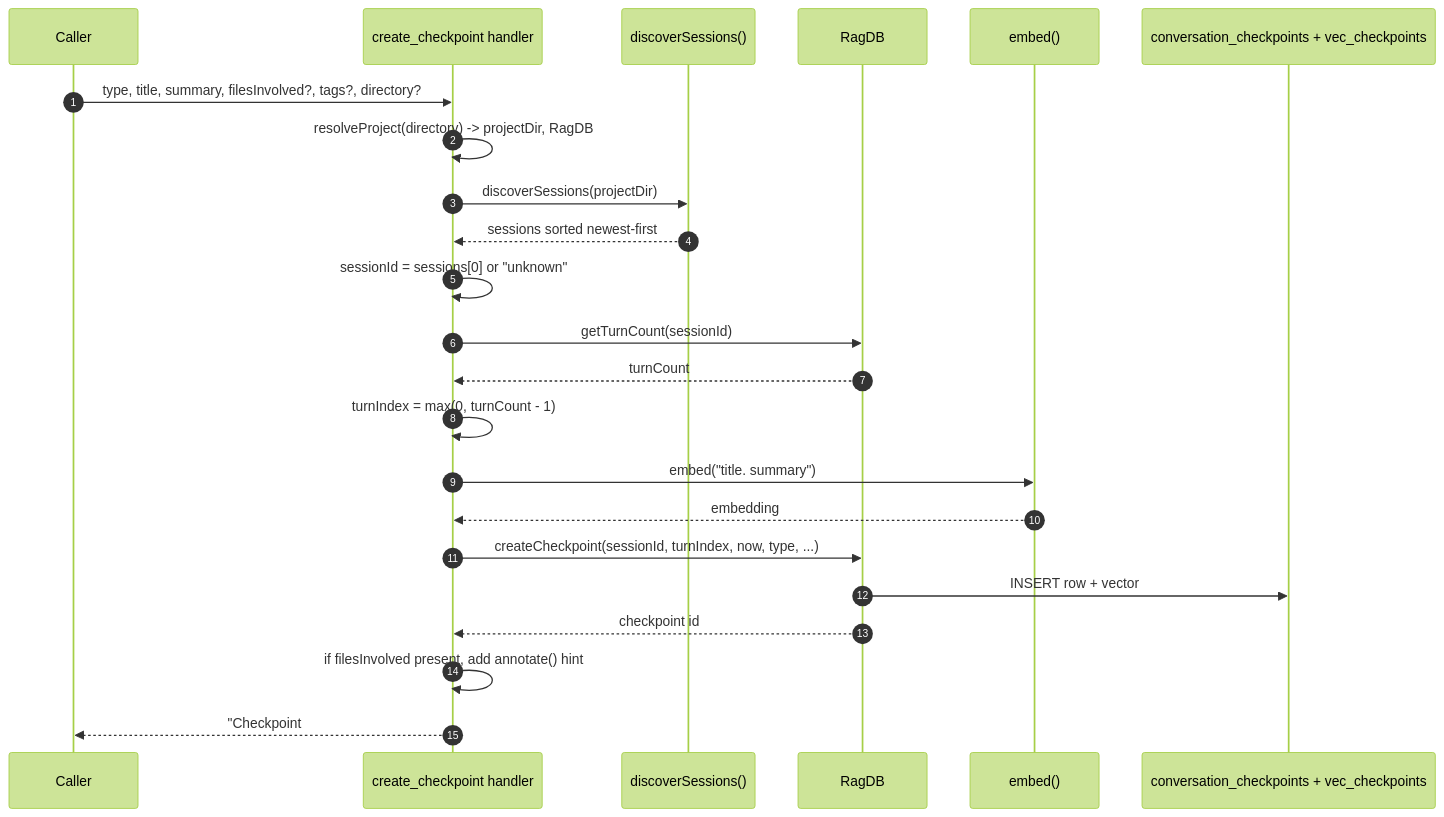
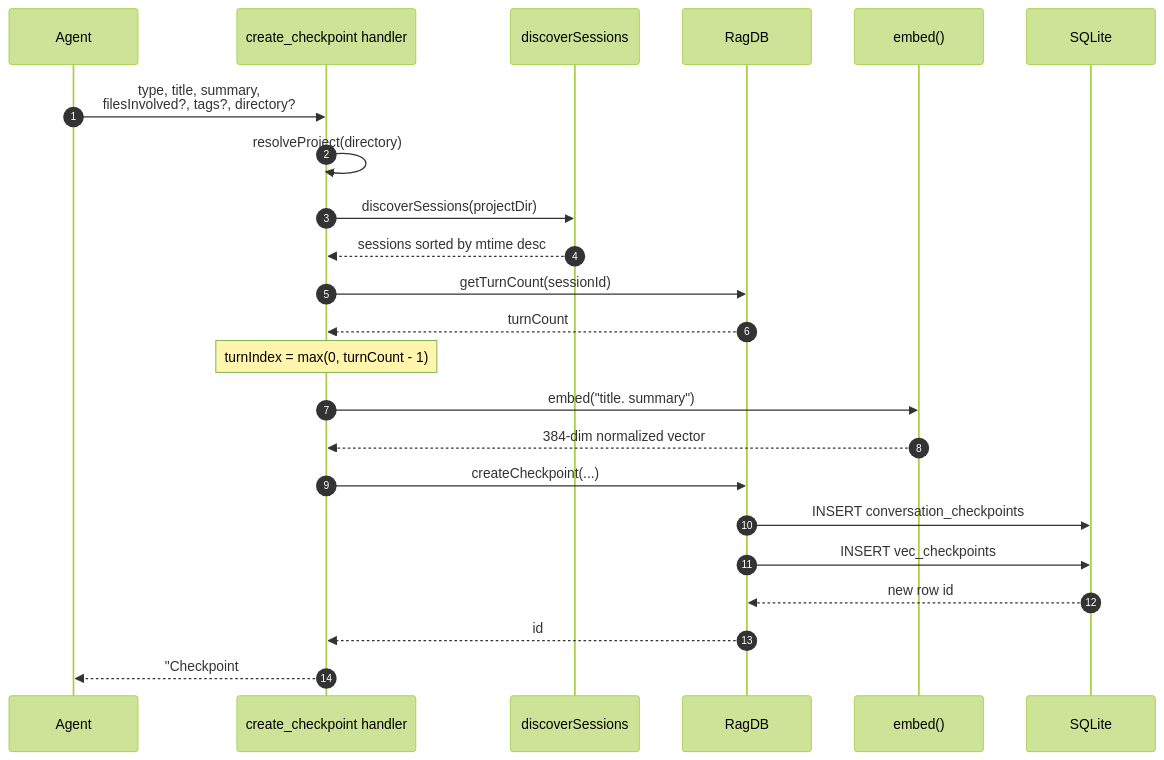
Before and after one commit to TheWinci/mimirs: the diagram in wiki/tools/create-checkpoint.md, drawn with Mermaid (forest theme). The commit also changed other lines of this file and 51 other files, not shown here.

````diff
--- a/wiki/tools/create-checkpoint.md
+++ b/wiki/tools/create-checkpoint.md
@@ -11,26 +30,26 @@
 ```mermaid
 sequenceDiagram
-  autonumber
-  participant Caller
-  participant Tool as create_checkpoint handler
-  participant Sessions as discoverSessions()
-  participant DB as RagDB
-  participant Embed as embed()
-  participant SQLite as conversation_checkpoints + vec_checkpoints
+    autonumber
+    participant Agent
+    participant Tool as create_checkpoint handler
+    participant Parser as discoverSessions
+    participant DB as RagDB
+    participant Embed as embed()
+    participant SQLite
 
-  Caller->>Tool: type, title, summary, filesInvolved?, tags?, directory?
-  Tool->>Tool: resolveProject(directory) -> projectDir, RagDB
-  Tool->>Sessions: discoverSessions(projectDir)
-  Sessions-->>Tool: sessions sorted newest-first
-  Tool->>Tool: sessionId = sessions[0] or "unknown"
-  Tool->>DB: getTurnCount(sessionId)
-  DB-->>Tool: turnCount
-  Tool->>Tool: turnIndex = max(0, turnCount - 1)
-  Tool->>Embed: embed("title. summary")
-  Embed-->>Tool: embedding
-  Tool->>DB: createCheckpoint(sessionId, turnIndex, now, type, ...)
-  DB->>SQLite: INSERT row + vector
-  DB-->>Tool: checkpoint id
-  Tool->>Tool: if filesInvolved present, add annotate() hint
-  Tool-->>Caller: "Checkpoint #id created: [type] title" (+ hint)
+    Agent->>Tool: type, title, summary,<br>filesInvolved?, tags?, directory?
+    Tool->>Tool: resolveProject(directory)
+    Tool->>Parser: discoverSessions(projectDir)
+    Parser-->>Tool: sessions sorted by mtime desc
+    Tool->>DB: getTurnCount(sessionId)
+    DB-->>Tool: turnCount
+    Note over Tool: turnIndex = max(0, turnCount - 1)
+    Tool->>Embed: embed("title. summary")
+    Embed-->>Tool: 384-dim normalized vector
+    Tool->>DB: createCheckpoint(...)
+    DB->>SQLite: INSERT conversation_checkpoints
+    DB->>SQLite: INSERT vec_checkpoints
+    SQLite-->>DB: new row id
+    DB-->>Tool: id
+    Tool-->>Agent: "Checkpoint #id created" (+ annotate hint)
 ```
````
